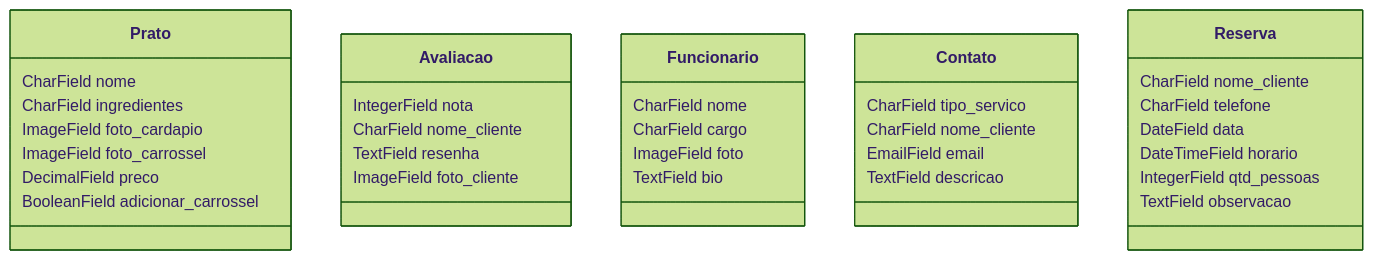
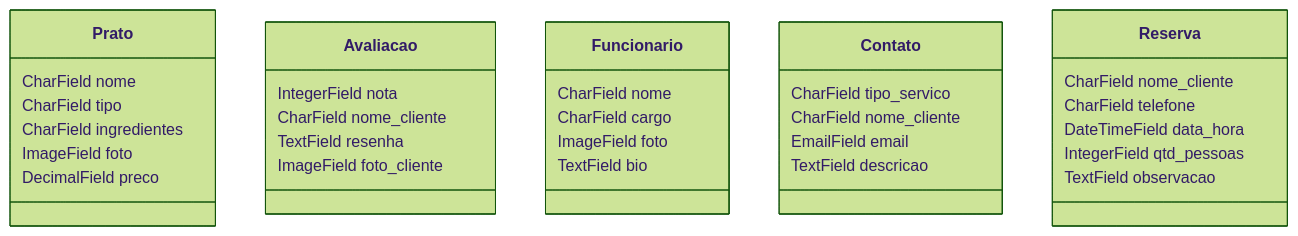
The diagram in diagrama/diagrama.mmd (fabriciomj/desafio-squad4-back), drawn with Mermaid (forest theme) before and after one commit. The commit also changed 2 other files, not shown here.

```diff
--- a/diagrama/diagrama.mmd
+++ b/diagrama/diagrama.mmd
@@ -1,35 +1,33 @@
 classDiagram
     class Prato{
       CharField nome
+      CharField tipo
       CharField ingredientes
-      ImageField foto_cardapio
-      ImageField foto_carrossel
+      ImageField foto
       DecimalField preco
-      BooleanField adicionar_carrossel
     }
     class Avaliacao{
       IntegerField nota
       CharField nome_cliente
       TextField resenha
       ImageField foto_cliente
     }
     class Funcionario{
       CharField nome
       CharField cargo
       ImageField foto
       TextField bio
     }
     class Contato{
       CharField tipo_servico
       CharField nome_cliente
       EmailField email
       TextField descricao
     }
     class Reserva {
       CharField nome_cliente
       CharField telefone
-      DateField data
-      DateTimeField horario
+      DateTimeField data_hora
       IntegerField qtd_pessoas
       TextField observacao
     }
```
